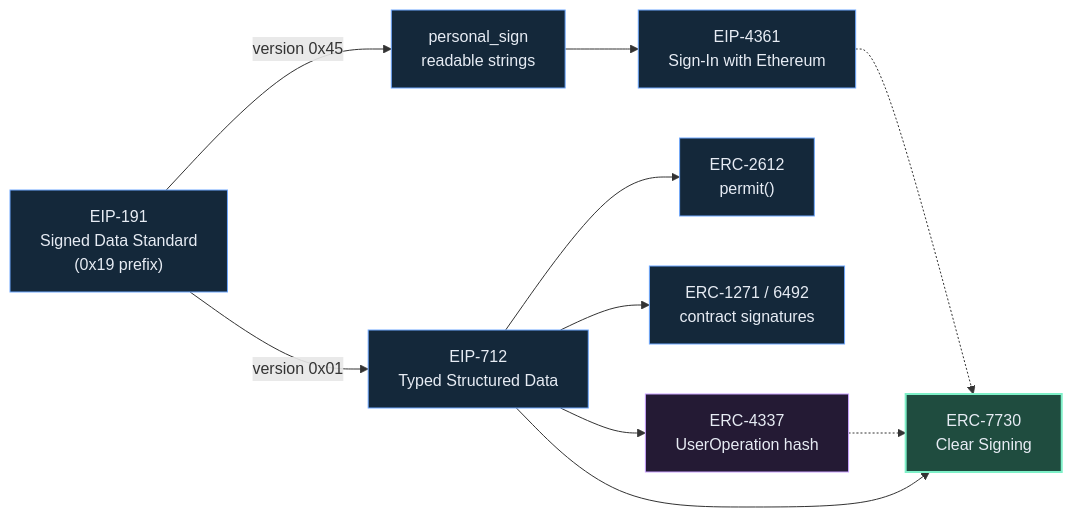
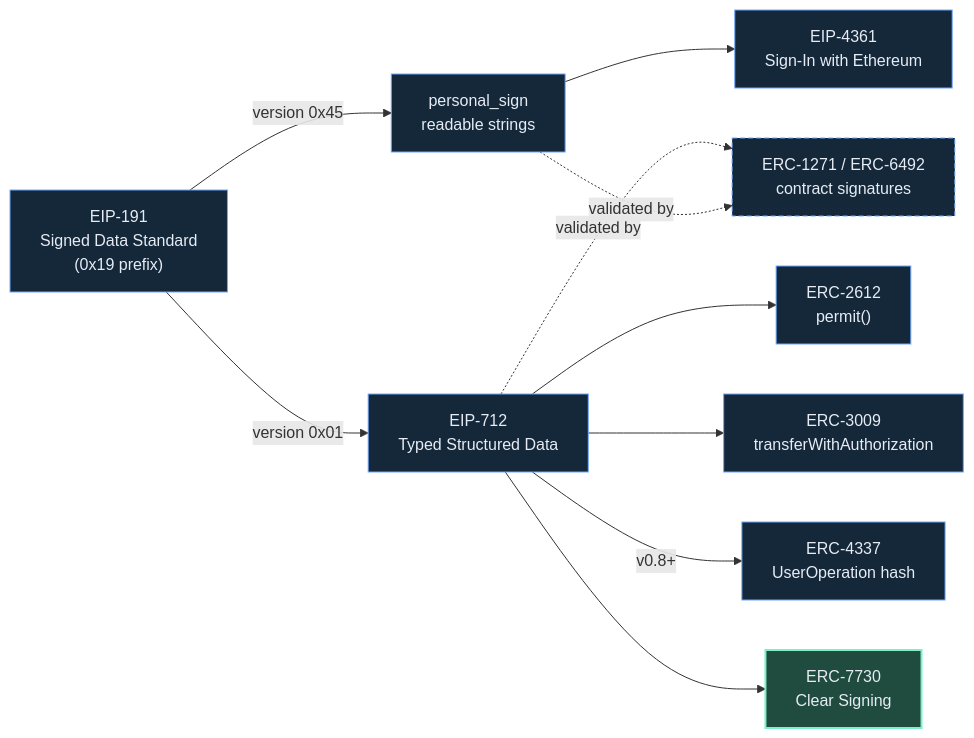
Before and after one commit to Dansgit2b/awesome-clear-signing: the first of 3 diagrams in README.md, drawn with Mermaid. The commit also changed other lines of this file, not shown here.

First line of the commit message:
Apply 5-agent diagram review: fix relationships, unify color language, add legends

````diff
--- a/README.md
+++ b/README.md
@@ -65,20 +65,20 @@
 ```mermaid
 graph LR
   191["EIP-191<br/>Signed Data Standard<br/>(0x19 prefix)"]
   191 -->|"version 0x45"| PS["personal_sign<br/>readable strings"]
   191 -->|"version 0x01"| 712["EIP-712<br/>Typed Structured Data"]
   PS --> 4361["EIP-4361<br/>Sign-In with Ethereum"]
   712 --> 2612["ERC-2612<br/>permit()"]
-  712 --> 1271["ERC-1271 / 6492<br/>contract signatures"]
-  712 --> 4337["ERC-4337<br/>UserOperation hash"]
+  712 --> 3009["ERC-3009<br/>transferWithAuthorization"]
+  712 -->|"v0.8+"| 4337["ERC-4337<br/>UserOperation hash"]
   712 --> 7730["ERC-7730<br/>Clear Signing"]
-  4361 -.-> 7730
-  4337 -.-> 7730
+  712 -. "validated by" .-> 1271["ERC-1271 / ERC-6492<br/>contract signatures"]
+  PS -. "validated by" .-> 1271
 
   classDef sign fill:#14283a,stroke:#6ea8ff,color:#e7ecf4;
-  classDef aa fill:#241a34,stroke:#c9a2ff,color:#e7ecf4;
+  classDef val fill:#14283a,stroke:#6ea8ff,color:#e7ecf4,stroke-dasharray:5 3;
   classDef cs fill:#1f4c3f,stroke:#7ef0c8,color:#e7ecf4,stroke-width:2px;
-  class 191,PS,712,4361,2612,1271 sign;
-  class 4337 aa;
+  class 191,PS,712,4361,2612,3009,4337 sign;
+  class 1271 val;
   class 7730 cs;
 ```
````
